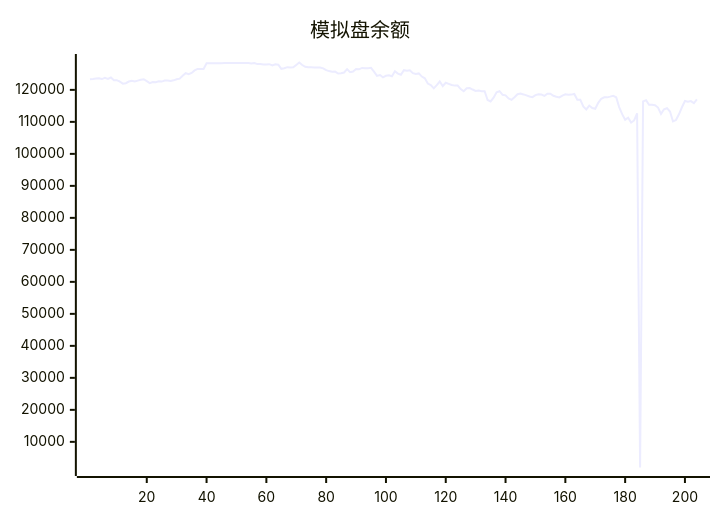
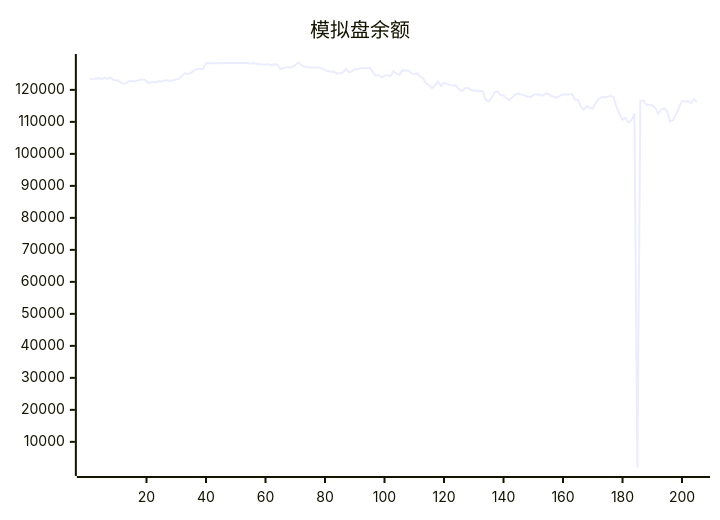
Before and after one commit to aahl/ai-trading: the diagram in README.md, drawn with Mermaid. The commit also changed other lines of this file and 1 other file, not shown here.

````diff
--- a/README.md
+++ b/README.md
@@ -5,5 +5,5 @@
 ```mermaid
 xychart
     title "模拟盘余额"
-    line [123338,123402,123530,123592,123378,123745,123413,123853,123009,123040,122557,121938,122095,122599,122856,122597,122898,123160,123319,122719,122087,122454,122416,122685,122592,122907,122961,122776,122981,123295,123507,124403,125224,124894,125303,126088,126544,126534,126549,128335,128318,128318,128318,128318,128318,128424,128424,128424,128424,128424,128424,128424,128424,128424,128247,128412,128062,128087,127917,127901,128026,127611,128000,127850,126572,126770,127100,126971,127029,127783,128554,127765,127224,127064,127044,127009,127025,127004,126738,126152,125871,125635,125707,125117,125217,125420,126480,125545,125715,126511,126424,126856,126764,126788,126890,125710,124381,124632,123936,124402,124574,124256,125833,125070,124739,126154,125966,126145,125213,124943,125143,124157,123604,121959,121476,120476,121470,122610,121201,122221,121889,121522,121332,121344,120232,119559,120513,120577,120108,119680,119777,119572,119568,116839,116392,117573,119250,119585,118469,118277,117338,116897,117706,118628,118849,118579,118280,117926,117735,118373,118639,118544,118136,118798,118819,118162,117874,117649,118215,118601,118463,118517,118713,116911,116899,114798,113887,115084,114313,114091,115934,117221,117658,117658,117883,118164,117693,114632,112403,110644,111313,109777,110444,112673,1984,116419,116772,115355,115355,115198,114476,112510,113954,114276,113223,110151,110561,112361,114562,116522,116265,116500,115845,117000]
+    line [123338,123402,123530,123592,123378,123745,123413,123853,123009,123040,122557,121938,122095,122599,122856,122597,122898,123160,123319,122719,122087,122454,122416,122685,122592,122907,122961,122776,122981,123295,123507,124403,125224,124894,125303,126088,126544,126534,126549,128335,128318,128318,128318,128318,128318,128424,128424,128424,128424,128424,128424,128424,128424,128424,128247,128412,128062,128087,127917,127901,128026,127611,128000,127850,126572,126770,127100,126971,127029,127783,128554,127765,127224,127064,127044,127009,127025,127004,126738,126152,125871,125635,125707,125117,125217,125420,126480,125545,125715,126511,126424,126856,126764,126788,126890,125710,124381,124632,123936,124402,124574,124256,125833,125070,124739,126154,125966,126145,125213,124943,125143,124157,123604,121959,121476,120476,121470,122610,121201,122221,121889,121522,121332,121344,120232,119559,120513,120577,120108,119680,119777,119572,119568,116839,116392,117573,119250,119585,118469,118277,117338,116897,117706,118628,118849,118579,118280,117926,117735,118373,118639,118544,118136,118798,118819,118162,117874,117649,118215,118601,118463,118517,118713,116911,116899,114798,113887,115084,114313,114091,115934,117221,117658,117658,117883,118164,117693,114632,112403,110644,111313,109777,110444,112673,1984,116419,116772,115355,115355,115198,114476,112510,113954,114276,113223,110151,110561,112361,114562,116522,116265,116500,115845,117000,116199]
 ```
````
